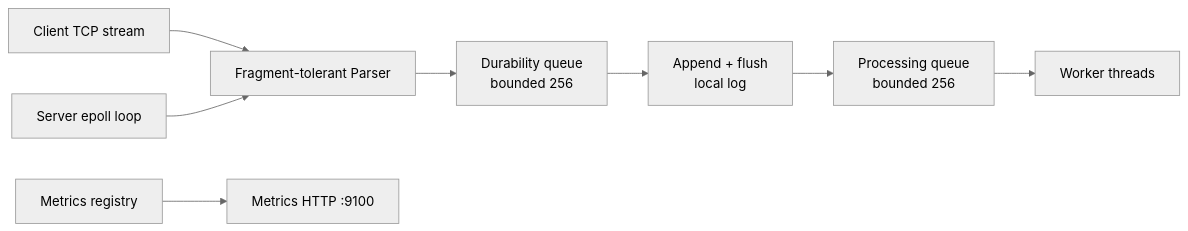
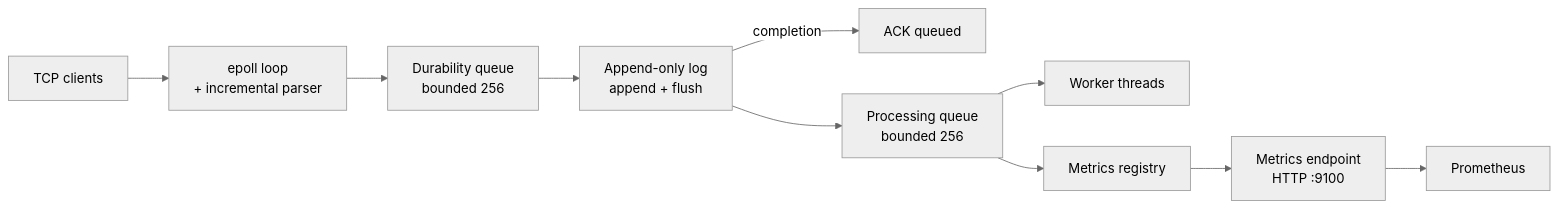
The diagram in docs/ARCHITECTURE.mmd (wheevu/weir), drawn with Mermaid (neutral theme) before and after one commit. The commit also changed 4 other files, not shown here.

Commit message:
docs: add architecture and lifecycle visuals

````diff
--- a/docs/ARCHITECTURE.mmd
+++ b/docs/ARCHITECTURE.mmd
@@ -1,10 +1,10 @@
-```mermaid
 flowchart LR
-  C[Client TCP stream] --> P[Fragment-tolerant Parser]
-  P --> D[Durability queue\nbounded 256]
-  D --> L[Append + flush\nlocal log]
-  L --> Q[Processing queue\nbounded 256]
-  Q --> W[Worker threads]
-  M[Metrics registry] --> H[Metrics HTTP :9100]
-  S[Server epoll loop] --> P
-```
+  C["TCP clients"] --> E["epoll loop<br/>+ incremental parser"]
+  E --> D["Durability queue<br/>bounded 256"]
+  D --> L["Append-only log<br/>append + flush"]
+  L -->|completion| A["ACK queued"]
+  L --> Q["Processing queue<br/>bounded 256"]
+  Q --> W["Worker threads"]
+  Q --> R["Metrics registry"]
+  R --> M["Metrics endpoint<br/>HTTP :9100"]
+  M --> P["Prometheus"]
````
